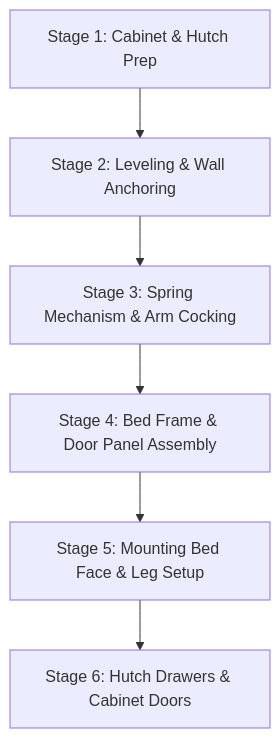
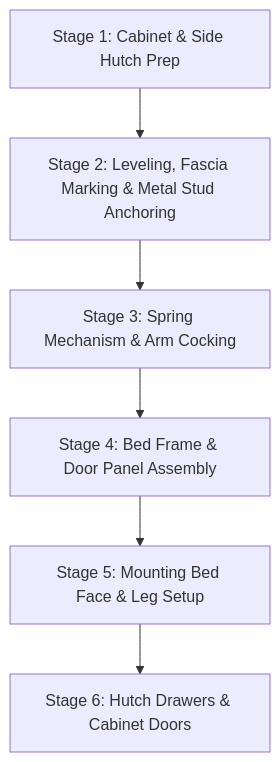
Before and after one commit to cjledbetter/breda-bed-assembly: the diagram in index.md, drawn with Mermaid. The commit also changed other lines of this file and 6 other files, not shown here.

Commit message:
Add metal stud guide link, SnapToggle 3in bolt specs, and lipstick fascia transfer technique

````diff
--- a/index.md
+++ b/index.md
@@ -140,8 +143,8 @@
 ```mermaid
 graph TD
-    A[Stage 1: Cabinet & Hutch Prep] --> B[Stage 2: Leveling & Wall Anchoring]
+    A[Stage 1: Cabinet & Side Hutch Prep] --> B[Stage 2: Leveling, Fascia Marking & Metal Stud Anchoring]
     B --> C[Stage 3: Spring Mechanism & Arm Cocking]
     C --> D[Stage 4: Bed Frame & Door Panel Assembly]
     D --> E[Stage 5: Mounting Bed Face & Leg Setup]
     E --> F[Stage 6: Hutch Drawers & Cabinet Doors]
 ```
````
